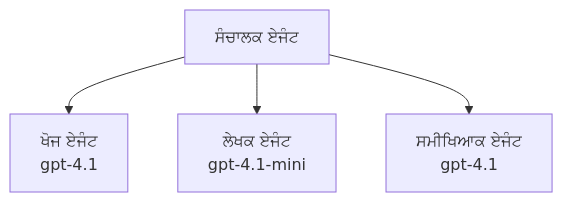
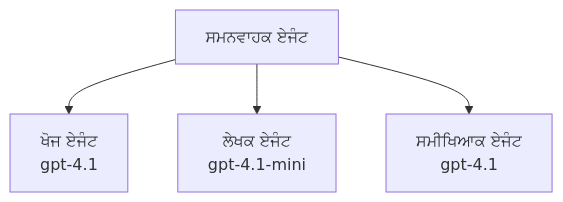
One commit to microsoft/AZD-for-beginners changed the third of 3 diagrams in translations/pa/docs/chapter-02-ai-development/agents.md. Above: the diagram before and after it, drawn with Mermaid. The commit also changed other lines of this file and 104 other files, not shown here.

````diff
--- a/translations/pa/docs/chapter-02-ai-development/agents.md
+++ b/translations/pa/docs/chapter-02-ai-development/agents.md
@@ -194,6 +201,6 @@
 ```mermaid
 graph TD
-    Orchestrator[ਸੰਚਾਲਕ ਏਜੰਟ] --> Research[ਖੋਜ ਏਜੰਟ<br/>gpt-4.1]
+    Orchestrator[ਸਮਨਵਾਹਕ ਏਜੰਟ] --> Research[ਖੋਜ ਏਜੰਟ<br/>gpt-4.1]
     Orchestrator --> Writer[ਲੇਖਕ ਏਜੰਟ<br/>gpt-4.1-mini]
     Orchestrator --> Reviewer[ਸਮੀਖਿਆਕ ਏਜੰਟ<br/>gpt-4.1]
 ```
````
